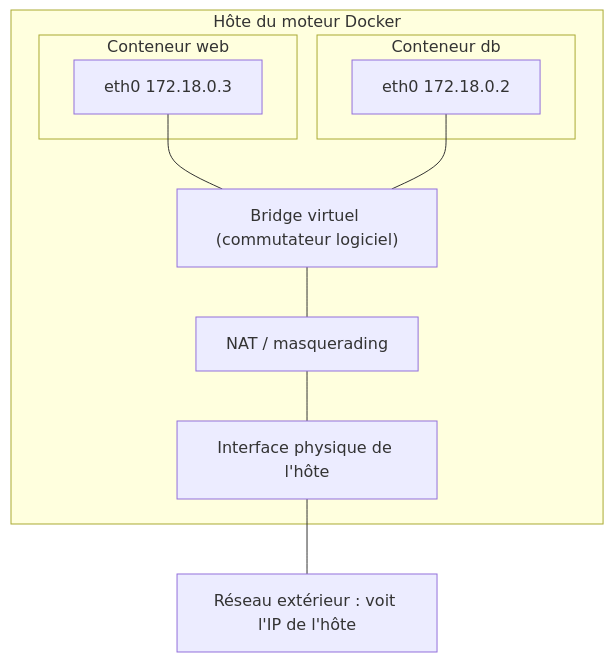
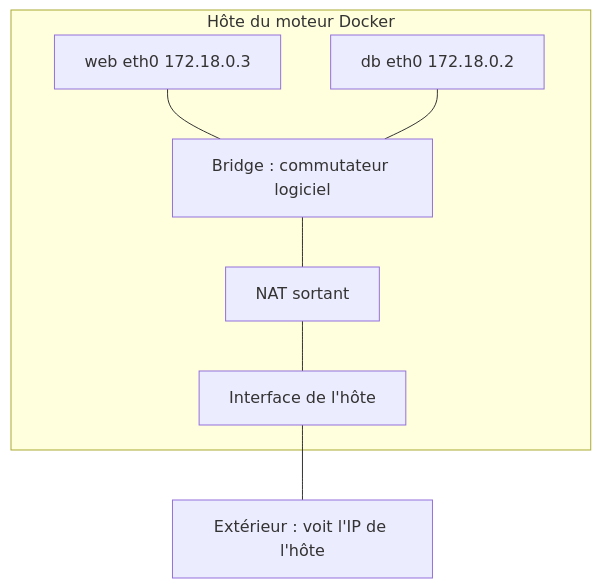
Before and after one commit to astronas/Ynov---Containerization-Orchestration: the first of 2 diagrams in docs/Reseaux-et-ports.md, drawn with Mermaid. The commit also changed other lines of this file and 160 other files, not shown here.

First line of the commit message:
Refonte visuelle : charte des rendus de TP, illustrations et captures réelles

````diff
--- a/docs/Reseaux-et-ports.md
+++ b/docs/Reseaux-et-ports.md
@@ -229,19 +138,10 @@
 ```mermaid
 flowchart TB
     subgraph H["Hôte du moteur Docker"]
-        ETH["Interface physique de l'hôte"]
-        NAT["NAT / masquerading"]
-        BR["Bridge virtuel (commutateur logiciel)"]
-        subgraph C1["Conteneur web"]
-            E1["eth0 172.18.0.3"]
-        end
-        subgraph C2["Conteneur db"]
-            E2["eth0 172.18.0.2"]
-        end
-        E1 --- BR
-        E2 --- BR
-        BR --- NAT
-        NAT --- ETH
+        BR["Bridge : commutateur logiciel"]
+        W["web eth0 172.18.0.3"] --- BR
+        D["db eth0 172.18.0.2"] --- BR
+        BR --- NAT["NAT sortant"] --- ETH["Interface de l'hôte"]
     end
-    ETH --- EXT["Réseau extérieur : voit l'IP de l'hôte"]
+    ETH --- EXT["Extérieur : voit l'IP de l'hôte"]
 ```
````
